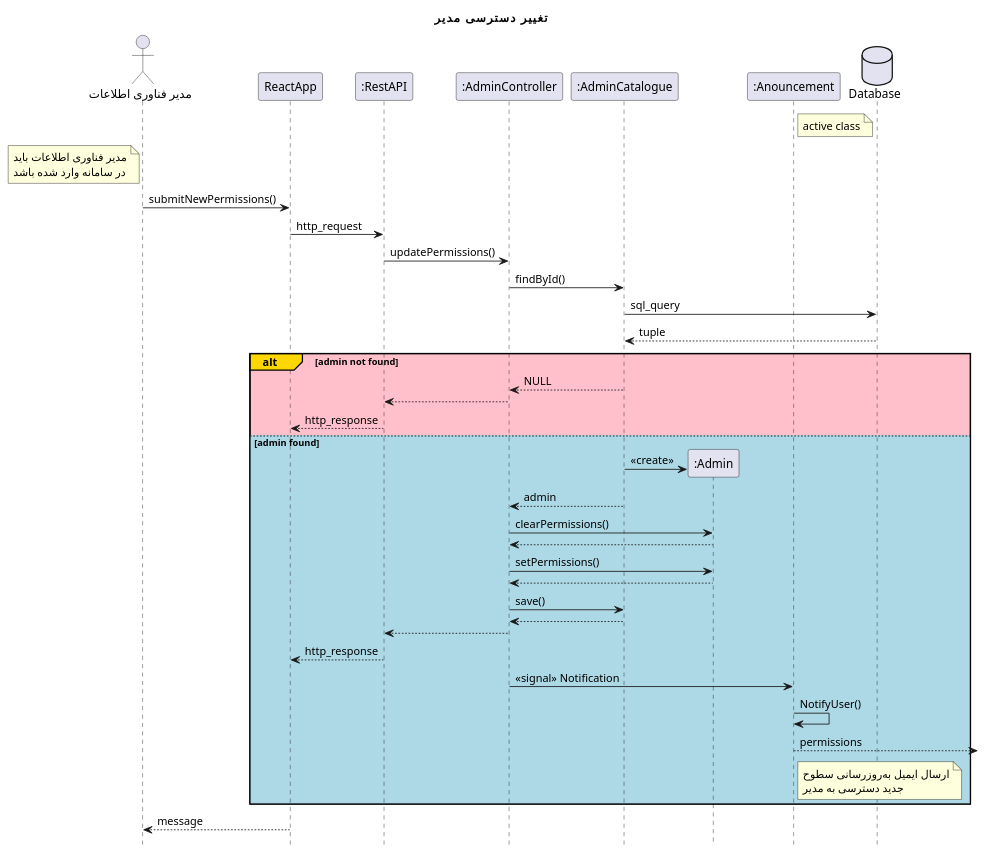
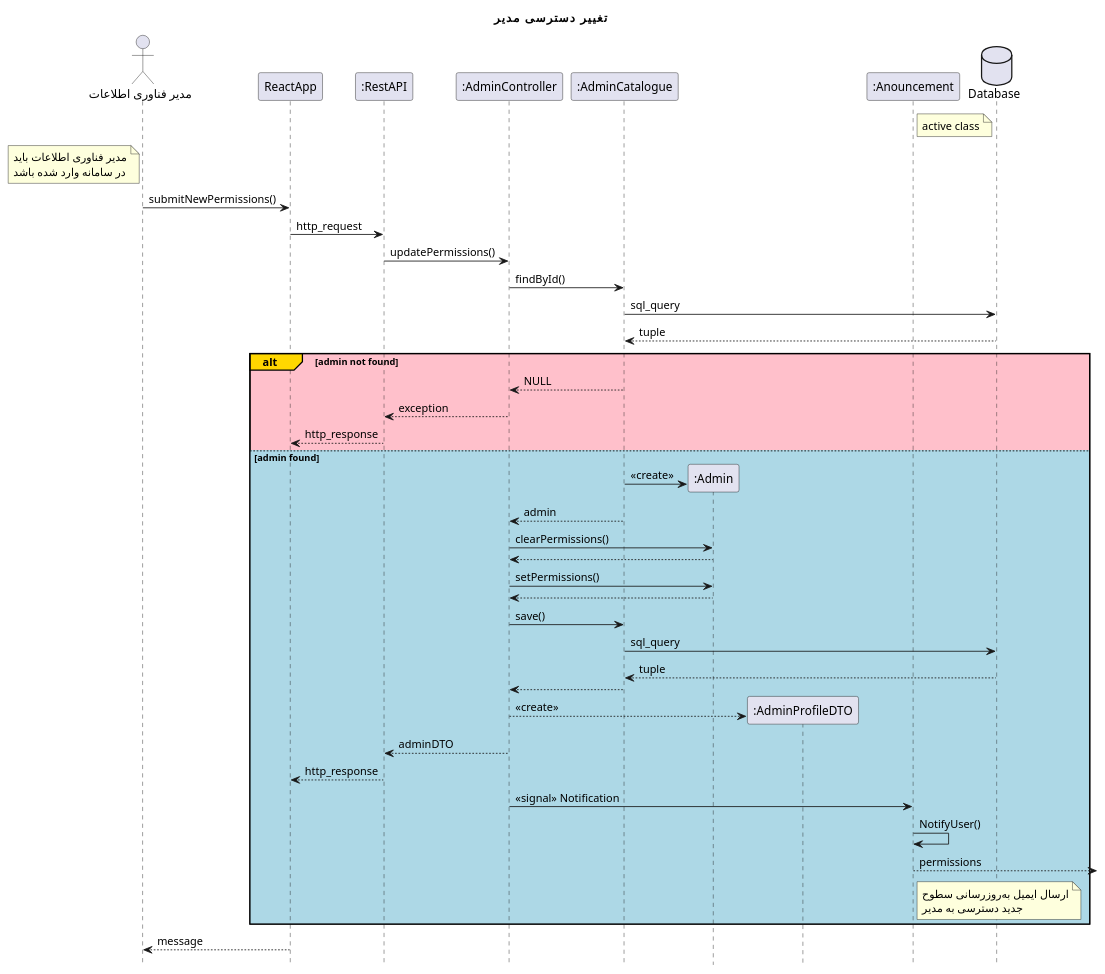
The diagram in design sequence diagams/updateAdminPermission.plantuml (Khedmatkar-OOD-spring-2022/Model-and-Documents), drawn with PlantUML before and after one commit. The commit also changed 20 other files, not shown here.

```diff
--- a/design sequence diagams/updateAdminPermission.plantuml
+++ b/design sequence diagams/updateAdminPermission.plantuml
@@ -1,56 +1,60 @@
 @startuml updateAdminPermission
 hide footbox
 title "تغییر دسترسی مدیر"
 actor       "مدیر فناوری اطلاعات" as root
 participant ReactApp
 participant ":RestAPI" as RestAPI
 participant ":AdminController" as AdminController
 participant ":AdminCatalogue" as AdminCatalogue
 participant ":Admin" as Admin
+participant ":AdminProfileDTO" as AdminProfileDTO
 participant ":Anouncement" as Anouncement
 database Database
 note right of Anouncement
     active class
 end note
 note left of root
     مدیر فناوری اطلاعات باید
     در سامانه وارد شده باشد
 end note
 
 root -> ReactApp: submitNewPermissions()
 ReactApp -> RestAPI: http_request
 RestAPI -> AdminController : updatePermissions()
 AdminController -> AdminCatalogue: findById()
 AdminCatalogue -> Database: sql_query
 return tuple
 
 alt#Gold #Pink admin not found
 
     AdminCatalogue --> AdminController: NULL
-    AdminController --> RestAPI
+    AdminController --> RestAPI: exception
     RestAPI --> ReactApp: http_response
 
 else #LightBlue admin found
 
     AdminCatalogue -> Admin **: <<create>>
     AdminCatalogue --> AdminController: admin
     AdminController -> Admin: clearPermissions()
     return
     AdminController -> Admin: setPermissions()
     return
     AdminController -> AdminCatalogue: save()
-    return
-    AdminController --> RestAPI
+    AdminCatalogue -> Database: sql_query
+    return tuple
+    AdminCatalogue --> AdminController
+    AdminController --> AdminProfileDTO **: <<create>>
+    AdminController --> RestAPI: adminDTO
     RestAPI --> ReactApp: http_response
     AdminController -> Anouncement: <<signal>> Notification
     Anouncement -> Anouncement: NotifyUser()
     Anouncement --> : permissions
     note right of Anouncement
         ارسال ایمیل به‌روزرسانی سطوح
         جدید دسترسی به مدیر
     end note
 
 end
 
 ReactApp --> root: message
 @enduml
```
